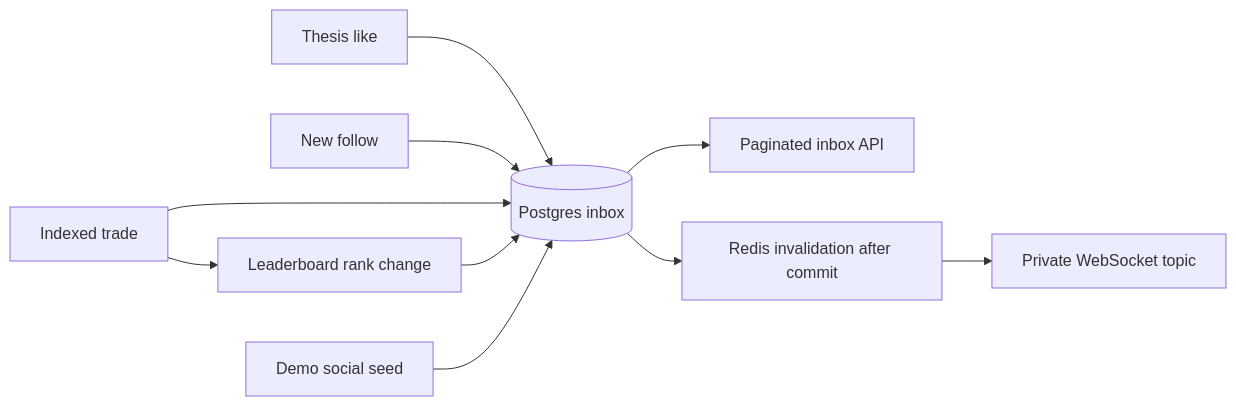
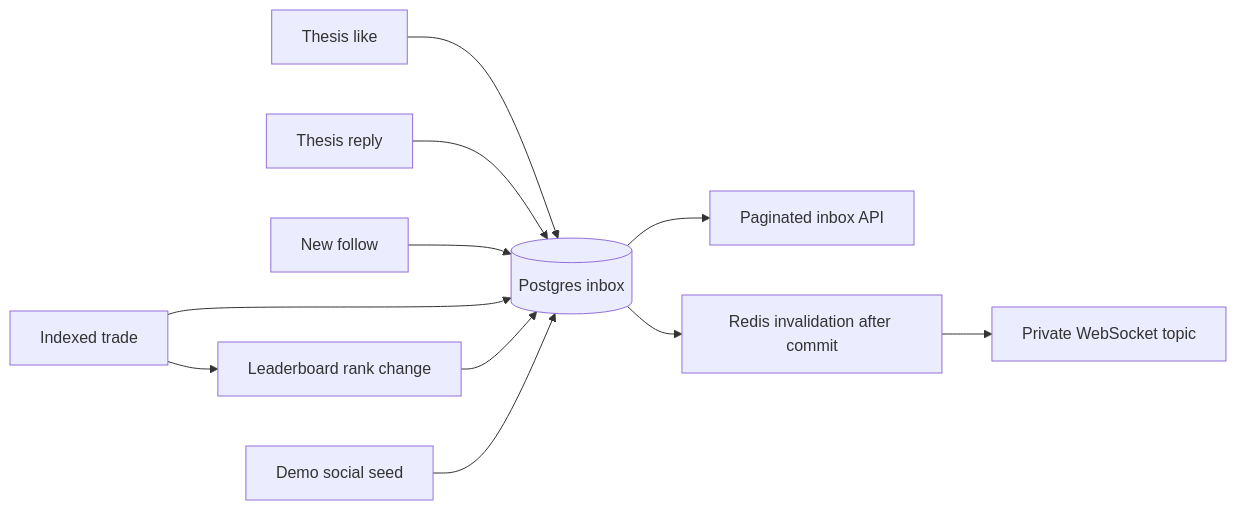
The first of 2 diagrams in docs/notifications.md (jog01/agele), drawn with Mermaid before and after one commit. The commit also changed other lines of this file and 18 other files, not shown here.

````diff
--- a/docs/notifications.md
+++ b/docs/notifications.md
@@ -19,11 +24,12 @@
 ```mermaid
 flowchart LR
   Like[Thesis like] --> PG[(Postgres inbox)]
+  Comment[Thesis reply] --> PG
   Follow[New follow] --> PG
   Fill[Indexed trade] --> PG
   Fill --> Rank[Leaderboard rank change] --> PG
   Seed[Demo social seed] --> PG
   PG --> API[Paginated inbox API]
   PG --> Redis[Redis invalidation after commit]
   Redis --> WS[Private WebSocket topic]
 ```
````
